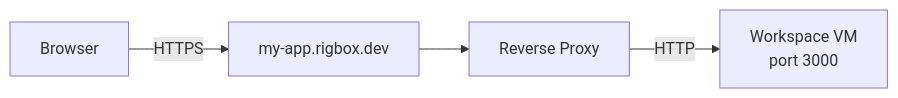
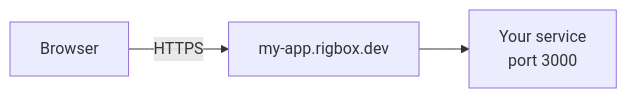
The first of 2 diagrams in concepts/architecture.mdx (rigbox-dev/docs), drawn with Mermaid before and after one commit. The commit also changed other lines of this file, not shown here.

First line of the commit message:
fix: strip internal details from architecture page

````diff
--- a/concepts/architecture.mdx
+++ b/concepts/architecture.mdx
@@ -80,6 +26,5 @@
 ```mermaid
 flowchart LR
-    BROWSER[Browser] -->|HTTPS| CDN["my-app.rigbox.dev"]
-    CDN --> RP[Reverse Proxy]
-    RP -->|HTTP| VM["Workspace VM\nport 3000"]
+    BROWSER[Browser] -->|HTTPS| SUB["my-app.rigbox.dev"]
+    SUB --> VM["Your service\nport 3000"]
 ```
````
